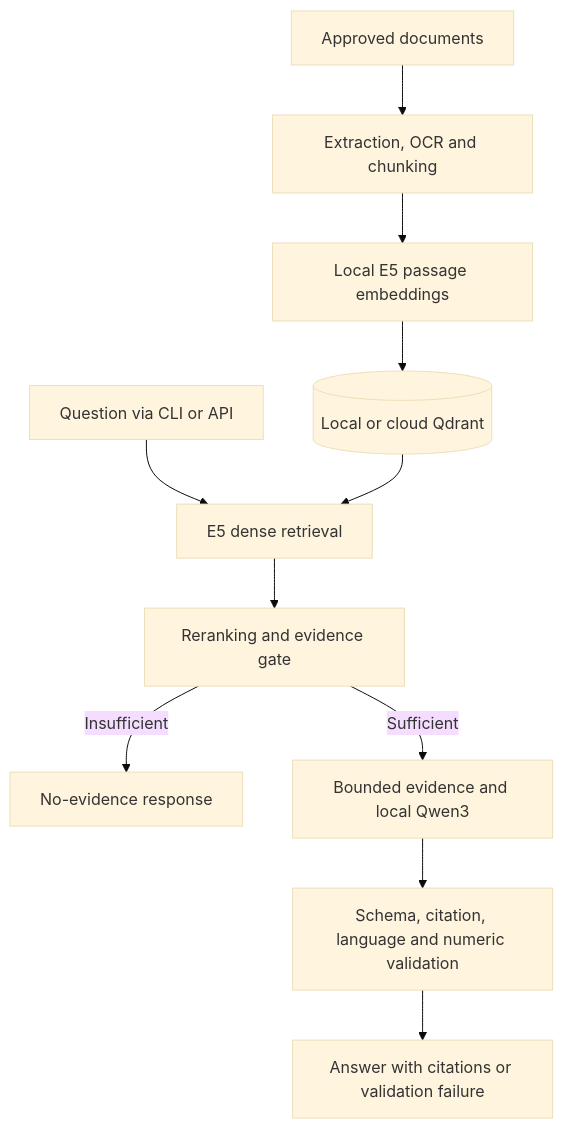
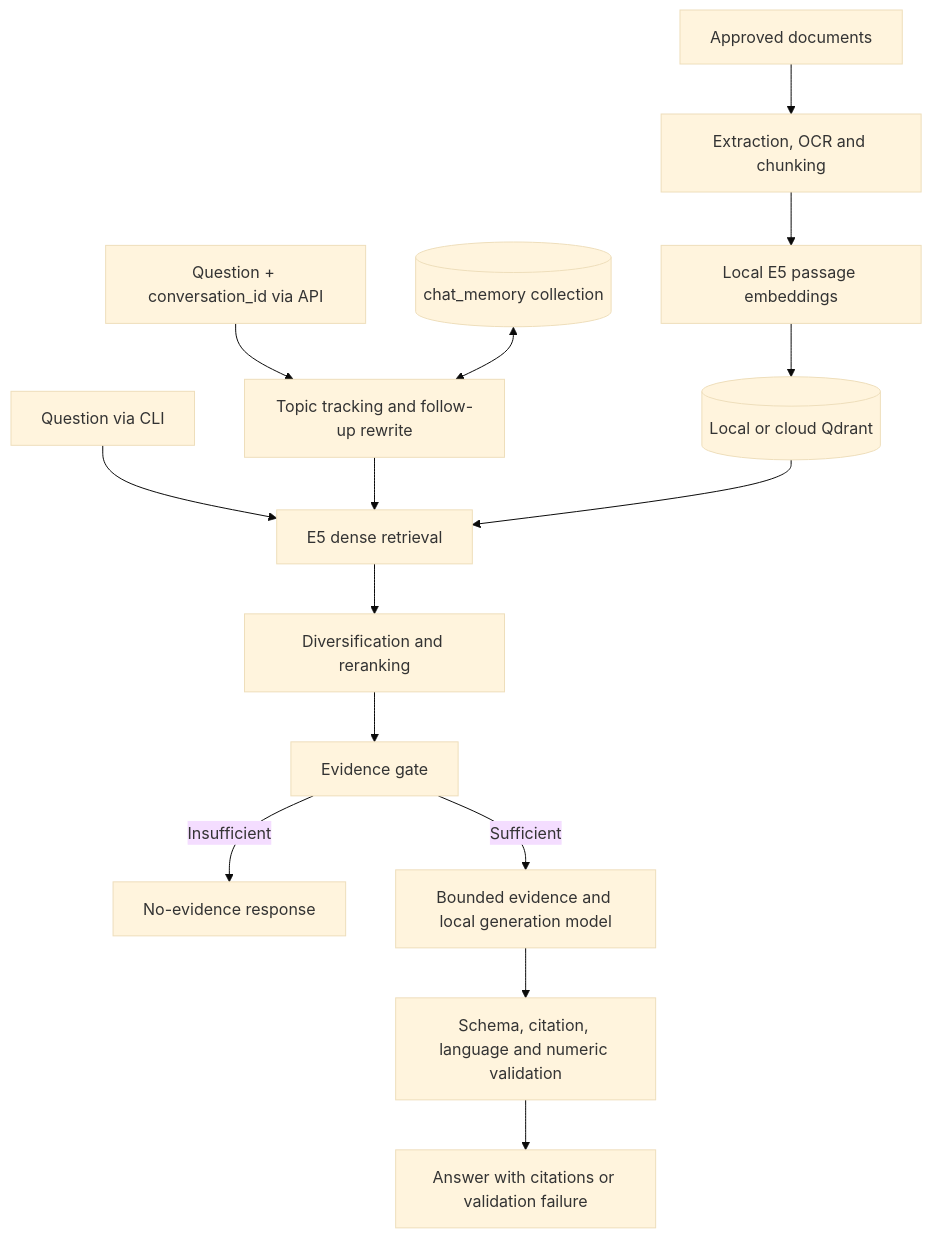
Before and after one commit to YahiaKhattab/ai-legal-rag: the diagram in README.md, drawn with Mermaid (base theme). The commit also changed other lines of this file and 2 other files, not shown here.

````diff
--- a/README.md
+++ b/README.md
@@ -50,13 +74,17 @@
 ```mermaid
 flowchart TD
     D["Approved documents"] --> I["Extraction, OCR and chunking"]
     I --> E["Local E5 passage embeddings"]
     E --> V[("Local or cloud Qdrant")]
-    Q["Question via CLI or API"] --> R["E5 dense retrieval"]
+    Q["Question via CLI"] --> R
+    A["Question + conversation_id via API"] --> T["Topic tracking and follow-up rewrite"]
+    M[("chat_memory collection")] <--> T
+    T --> R["E5 dense retrieval"]
     V --> R
-    R --> K["Reranking and evidence gate"]
+    R --> X["Diversification and reranking"]
+    X --> K["Evidence gate"]
     K -->|Insufficient| N["No-evidence response"]
-    K -->|Sufficient| G["Bounded evidence and local Qwen3"]
+    K -->|Sufficient| G["Bounded evidence and local generation model"]
     G --> C["Schema, citation, language and numeric validation"]
-    C --> A["Answer with citations or validation failure"]
+    C --> O["Answer with citations or validation failure"]
 ```
````
